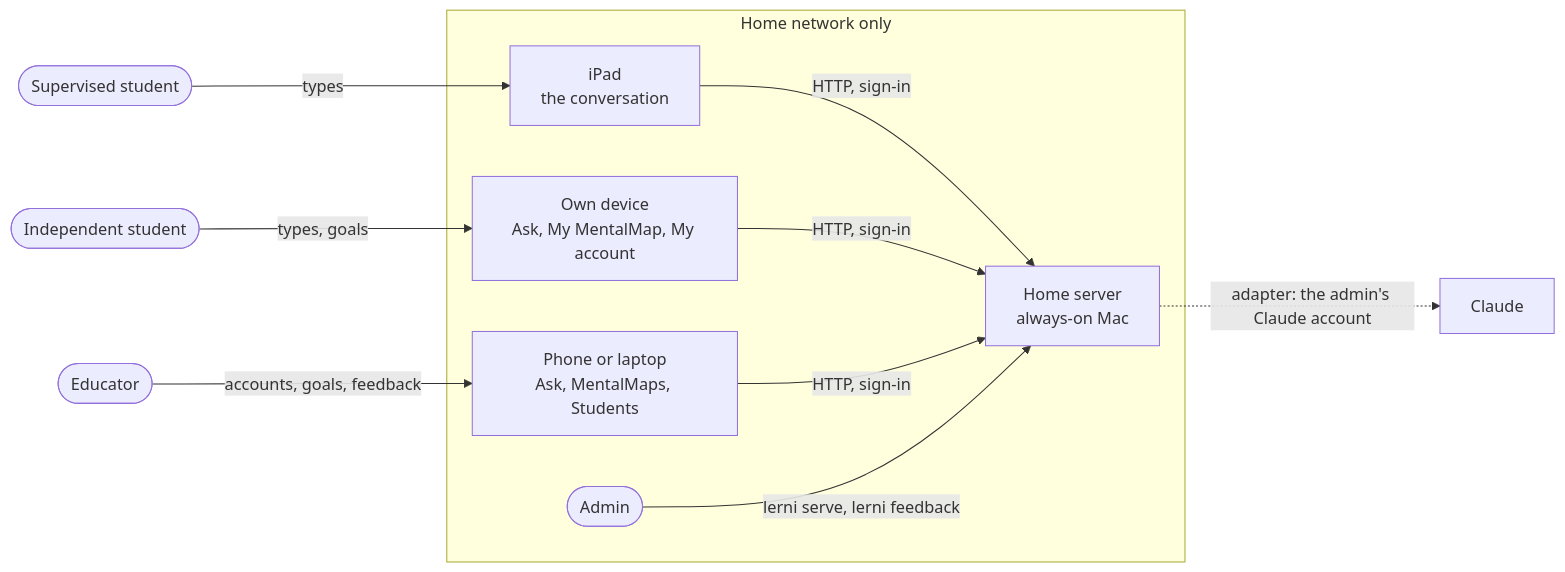
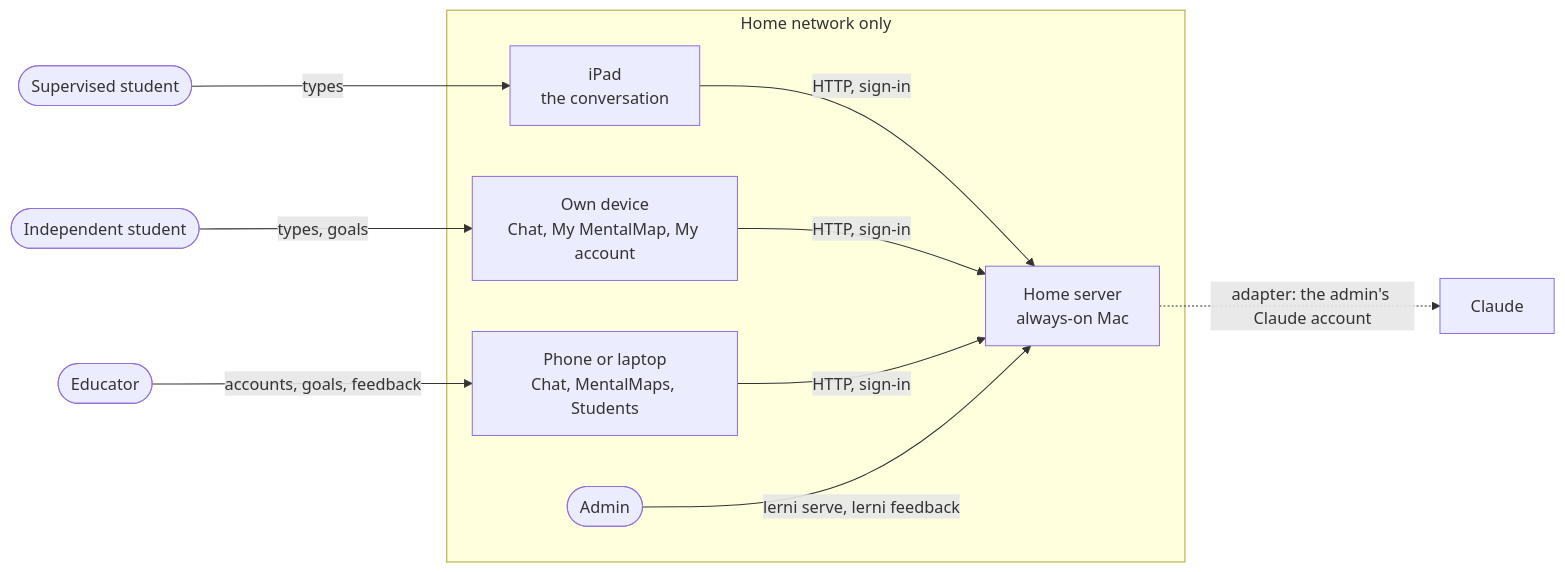
Before and after one commit to torenunez/lerni: the first of 2 diagrams in docs/ARCHITECTURE.md, drawn with Mermaid. The commit also changed other lines of this file and 10 other files, not shown here.

````diff
--- a/docs/ARCHITECTURE.md
+++ b/docs/ARCHITECTURE.md
@@ -18,13 +18,13 @@
 ```mermaid
 flowchart LR
     student([Supervised student]) -- "types" --> ipad["iPad<br/>the conversation"]
-    indep([Independent student]) -- "types, goals" --> idev["Own device<br/>Ask, My MentalMap, My account"]
-    educator([Educator]) -- "accounts, goals, feedback" --> edev["Phone or laptop<br/>Ask, MentalMaps, Students"]
+    indep([Independent student]) -- "types, goals" --> idev["Own device<br/>Chat, My MentalMap, My account"]
+    educator([Educator]) -- "accounts, goals, feedback" --> edev["Phone or laptop<br/>Chat, MentalMaps, Students"]
     subgraph home[Home network only]
         ipad -- "HTTP, sign-in" --> server["Home server<br/>always-on Mac"]
         idev -- "HTTP, sign-in" --> server
         edev -- "HTTP, sign-in" --> server
         admin([Admin]) -- "lerni serve, lerni feedback" --> server
     end
     server -. "adapter: the admin's Claude account" .-> ai[Claude]
 ```
````
